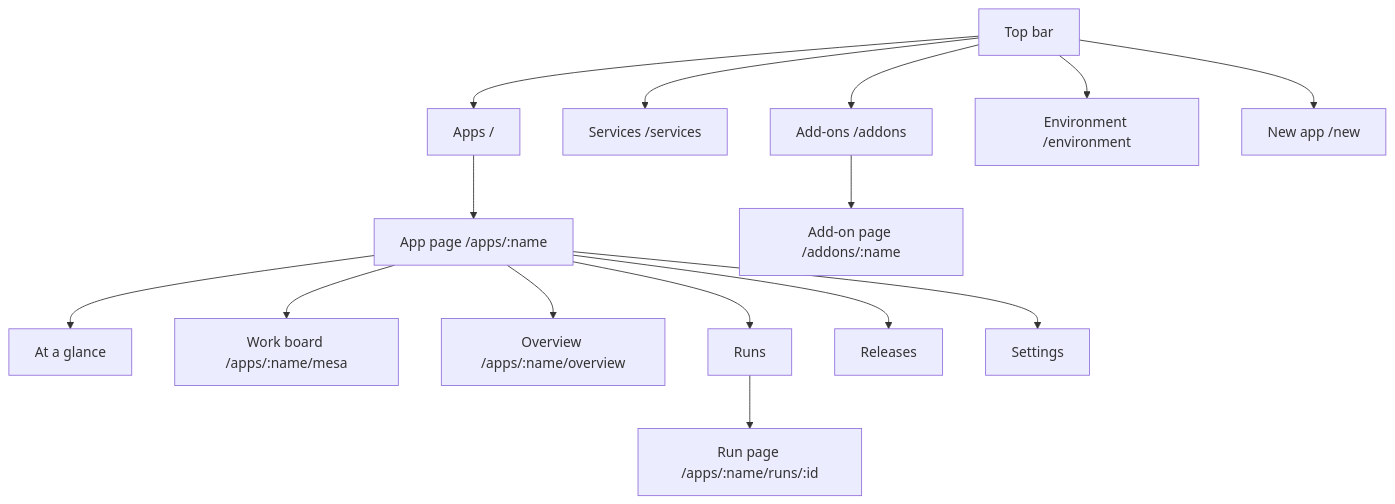
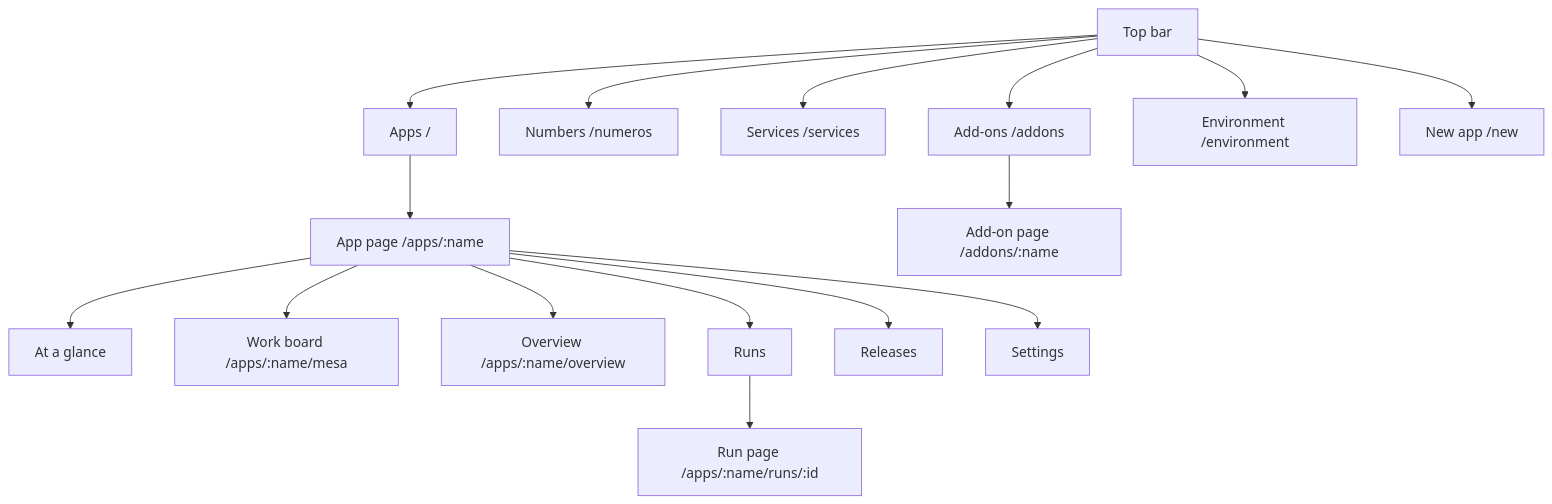
One commit to rendimiento-ai/rendimiento changed the diagram in docs/content/start/tour.md. Above: the diagram before and after it, drawn with Mermaid. The commit also changed other lines of this file and 43 other files, not shown here.

````diff
--- a/docs/content/start/tour.md
+++ b/docs/content/start/tour.md
@@ -5,16 +5,17 @@
 ```mermaid
 flowchart TB
     top[Top bar] --> apps[Apps /]
+    top --> num[Numbers /numeros]
     top --> svc[Services /services]
     top --> add[Add-ons /addons]
     top --> env[Environment /environment]
     top --> new[New app /new]
     apps --> app[App page /apps/:name]
     app --> gl[At a glance]
     app --> mesa[Work board /apps/:name/mesa]
     app --> ov[Overview /apps/:name/overview]
     app --> runs[Runs] --> run[Run page /apps/:name/runs/:id]
     app --> rel[Releases]
     app --> set[Settings]
     add --> det[Add-on page /addons/:name]
 ```
````
